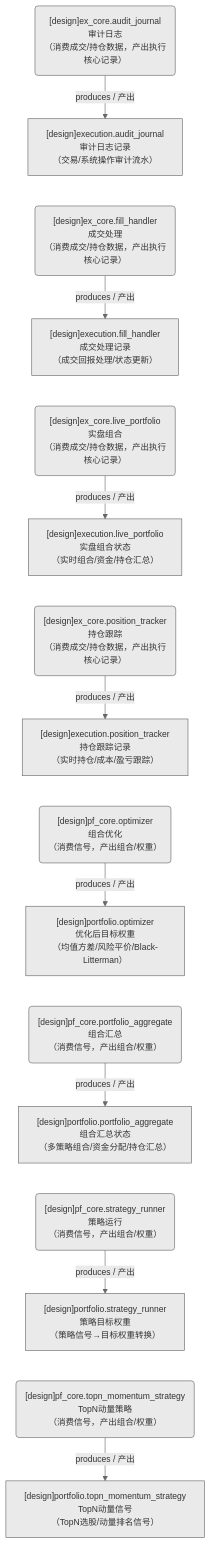
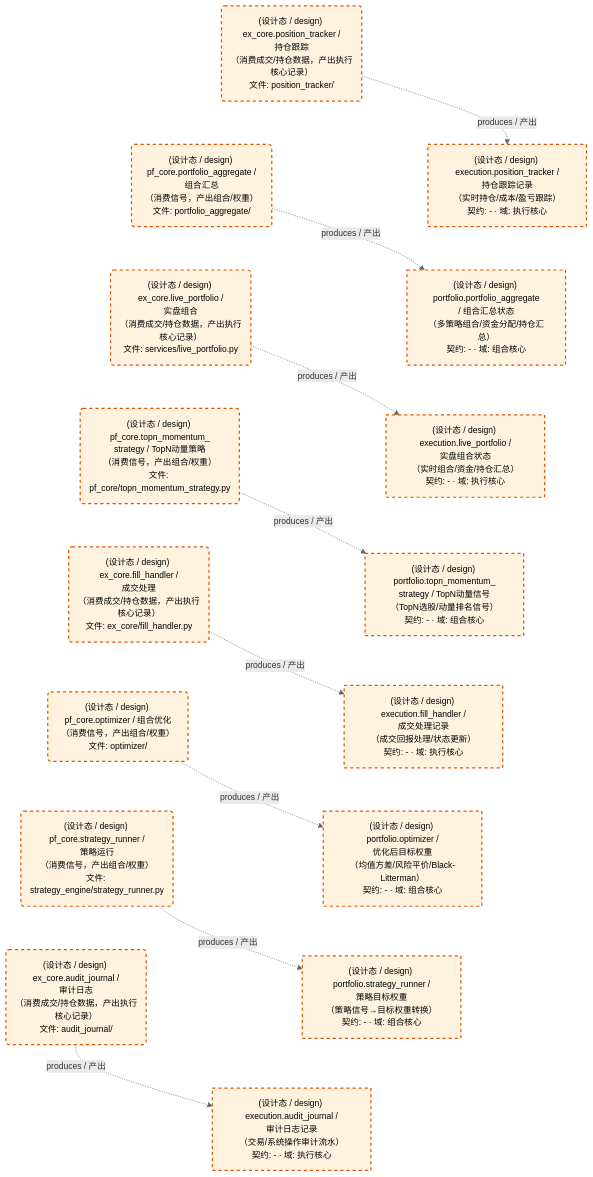
The third of 3 diagrams in docs/02_enterprise_architecture/05_dataflow_architecture/d_ex_pf_core.md (xuanFelixVan/ZephyrAlpha), drawn with Mermaid before and after one commit. The commit also changed other lines of this file and 15 other files, not shown here.

First line of the commit message:
feat(dataflow): 数据流图生成器模板 V1.2 全面升级——灰色主题+TD竖排+四要素+预折行+HTML联动

````diff
--- a/docs/02_enterprise_architecture/05_dataflow_architecture/d_ex_pf_core.md
+++ b/docs/02_enterprise_architecture/05_dataflow_architecture/d_ex_pf_core.md
@@ -71,35 +144,47 @@
 ```mermaid
-%%{init: {'theme': 'base', 'themeVariables': {'primaryColor': '#eaeaea', 'primaryTextColor': '#333333', 'primaryBorderColor': '#666666', 'lineColor': '#666666', 'secondaryColor': '#eaeaea', 'tertiaryColor': '#eaeaea', 'fontSize': '14px'}}}%%
+%%{init: {'theme': 'base', 'themeVariables': {'primaryColor': '#eaeaea', 'primaryTextColor': '#333333', 'primaryBorderColor': '#666666', 'lineColor': '#666666', 'secondaryColor': '#eaeaea', 'tertiaryColor': '#eaeaea', 'clusterBkg': 'transparent', 'clusterBorder': 'transparent', 'fontSize': '14px'}}}%%
 flowchart TD
-    DS11263["[design]execution.audit_journal<br/>审计日志记录<br/>（交易/系统操作审计流水）"]
-    DS11264["[design]execution.fill_handler<br/>成交处理记录<br/>（成交回报处理/状态更新）"]
-    DS11266["[design]execution.live_portfolio<br/>实盘组合状态<br/>（实时组合/资金/持仓汇总）"]
-    DS11265["[design]execution.position_tracker<br/>持仓跟踪记录<br/>（实时持仓/成本/盈亏跟踪）"]
-    DS11267["[design]portfolio.optimizer<br/>优化后目标权重<br/>（均值方差/风险平价/Black-Litterman）"]
-    DS11268["[design]portfolio.portfolio_aggregate<br/>组合汇总状态<br/>（多策略组合/资金分配/持仓汇总）"]
-    DS11269["[design]portfolio.strategy_runner<br/>策略目标权重<br/>（策略信号→目标权重转换）"]
-    DS11270["[design]portfolio.topn_momentum_strategy<br/>TopN动量信号<br/>（TopN选股/动量排名信号）"]
-    JOB757627("[design]ex_core.audit_journal<br/>审计日志<br/>（消费成交/持仓数据，产出执行核心记录）")
-    JOB757628("[design]ex_core.fill_handler<br/>成交处理<br/>（消费成交/持仓数据，产出执行核心记录）")
-    JOB757630("[design]ex_core.live_portfolio<br/>实盘组合<br/>（消费成交/持仓数据，产出执行核心记录）")
-    JOB757629("[design]ex_core.position_tracker<br/>持仓跟踪<br/>（消费成交/持仓数据，产出执行核心记录）")
-    JOB757631("[design]pf_core.optimizer<br/>组合优化<br/>（消费信号，产出组合/权重）")
-    JOB757632("[design]pf_core.portfolio_aggregate<br/>组合汇总<br/>（消费信号，产出组合/权重）")
-    JOB757633("[design]pf_core.strategy_runner<br/>策略运行<br/>（消费信号，产出组合/权重）")
-    JOB757634("[design]pf_core.topn_momentum_strategy<br/>TopN动量策略<br/>（消费信号，产出组合/权重）")
-    JOB757627 -->|produces / 产出| DS11263
-    JOB757628 -->|produces / 产出| DS11264
-    JOB757629 -->|produces / 产出| DS11265
-    JOB757630 -->|produces / 产出| DS11266
-    JOB757631 -->|produces / 产出| DS11267
-    JOB757632 -->|produces / 产出| DS11268
-    JOB757633 -->|produces / 产出| DS11269
-    JOB757634 -->|produces / 产出| DS11270
-    DS11263 ~~~ JOB757628
-    DS11264 ~~~ JOB757630
-    DS11266 ~~~ JOB757629
-    DS11265 ~~~ JOB757631
-    DS11267 ~~~ JOB757632
-    DS11268 ~~~ JOB757633
-    DS11269 ~~~ JOB757634
+    DS11263["(设计态 / design) execution.audit_journal /<br/>审计日志记录<br/>（交易/系统操作审计流水）<br/>契约: - · 域: 执行核心"]
+    DS11264["(设计态 / design) execution.fill_handler /<br/>成交处理记录<br/>（成交回报处理/状态更新）<br/>契约: - · 域: 执行核心"]
+    DS11266["(设计态 / design) execution.live_portfolio /<br/>实盘组合状态<br/>（实时组合/资金/持仓汇总）<br/>契约: - · 域: 执行核心"]
+    DS11265["(设计态 / design) execution.position_tracker /<br/>持仓跟踪记录<br/>（实时持仓/成本/盈亏跟踪）<br/>契约: - · 域: 执行核心"]
+    DS11267["(设计态 / design) portfolio.optimizer /<br/>优化后目标权重<br/>（均值方差/风险平价/Black-Litterman）<br/>契约: - · 域: 组合核心"]
+    DS11268["(设计态 / design) portfolio.portfolio_aggregate<br/>/ 组合汇总状态<br/>（多策略组合/资金分配/持仓汇总）<br/>契约: - · 域: 组合核心"]
+    DS11269["(设计态 / design) portfolio.strategy_runner /<br/>策略目标权重<br/>（策略信号→目标权重转换）<br/>契约: - · 域: 组合核心"]
+    DS11270["(设计态 / design) portfolio.topn_momentum_<br/>strategy / TopN动量信号<br/>（TopN选股/动量排名信号）<br/>契约: - · 域: 组合核心"]
+    JOB757627("(设计态 / design) ex_core.audit_journal /<br/>审计日志<br/>（消费成交/持仓数据，产出执行核心记录）<br/>文件: audit_journal/")
+    JOB757628("(设计态 / design) ex_core.fill_handler /<br/>成交处理<br/>（消费成交/持仓数据，产出执行核心记录）<br/>文件: ex_core/fill_handler.py")
+    JOB757630("(设计态 / design) ex_core.live_portfolio /<br/>实盘组合<br/>（消费成交/持仓数据，产出执行核心记录）<br/>文件: services/live_portfolio.py")
+    JOB757629("(设计态 / design) ex_core.position_tracker /<br/>持仓跟踪<br/>（消费成交/持仓数据，产出执行核心记录）<br/>文件: position_tracker/")
+    JOB757631("(设计态 / design) pf_core.optimizer / 组合优化<br/>（消费信号，产出组合/权重）<br/>文件: optimizer/")
+    JOB757632("(设计态 / design) pf_core.portfolio_aggregate /<br/>组合汇总<br/>（消费信号，产出组合/权重）<br/>文件: portfolio_aggregate/")
+    JOB757633("(设计态 / design) pf_core.strategy_runner /<br/>策略运行<br/>（消费信号，产出组合/权重）<br/>文件: strategy_engine/strategy_runner.py")
+    JOB757634("(设计态 / design) pf_core.topn_momentum_<br/>strategy / TopN动量策略<br/>（消费信号，产出组合/权重）<br/>文件: pf_core/topn_momentum_strategy.py")
+    JOB757627 -.->|produces / 产出| DS11263
+    JOB757628 -.->|produces / 产出| DS11264
+    JOB757629 -.->|produces / 产出| DS11265
+    JOB757630 -.->|produces / 产出| DS11266
+    JOB757631 -.->|produces / 产出| DS11267
+    JOB757632 -.->|produces / 产出| DS11268
+    JOB757633 -.->|produces / 产出| DS11269
+    JOB757634 -.->|produces / 产出| DS11270
+    JOB757629 ~~~ JOB757632
+    JOB757632 ~~~ JOB757630
+    JOB757630 ~~~ JOB757634
+    JOB757634 ~~~ JOB757628
+    JOB757628 ~~~ JOB757631
+    JOB757631 ~~~ JOB757633
+    JOB757633 ~~~ JOB757627
+    DS11265 ~~~ DS11268
+    DS11268 ~~~ DS11266
+    DS11266 ~~~ DS11270
+    DS11270 ~~~ DS11264
+    DS11264 ~~~ DS11267
+    DS11267 ~~~ DS11269
+    DS11269 ~~~ DS11263
+    classDef production fill:#e1f5fe,stroke:#01579b,stroke-width:2px,color:#000
+    classDef design fill:#fff3e0,stroke:#e65100,stroke-width:2px,color:#000,stroke-dasharray: 5 5
+    classDef external_prod fill:#e8f4fd,stroke:#0277bd,stroke-width:1px,color:#000
+    classDef external_design fill:#fff8e7,stroke:#ef6c00,stroke-width:1px,color:#000,stroke-dasharray: 5 5
+    class DS11263,DS11264,DS11266,DS11265,DS11267,DS11268,DS11269,DS11270,JOB757627,JOB757628,JOB757630,JOB757629,JOB757631,JOB757632,JOB757633,JOB757634 design
 ```
````
